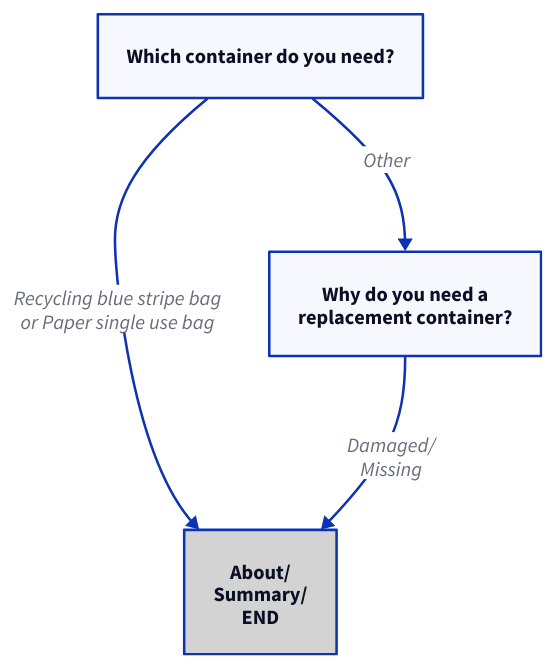
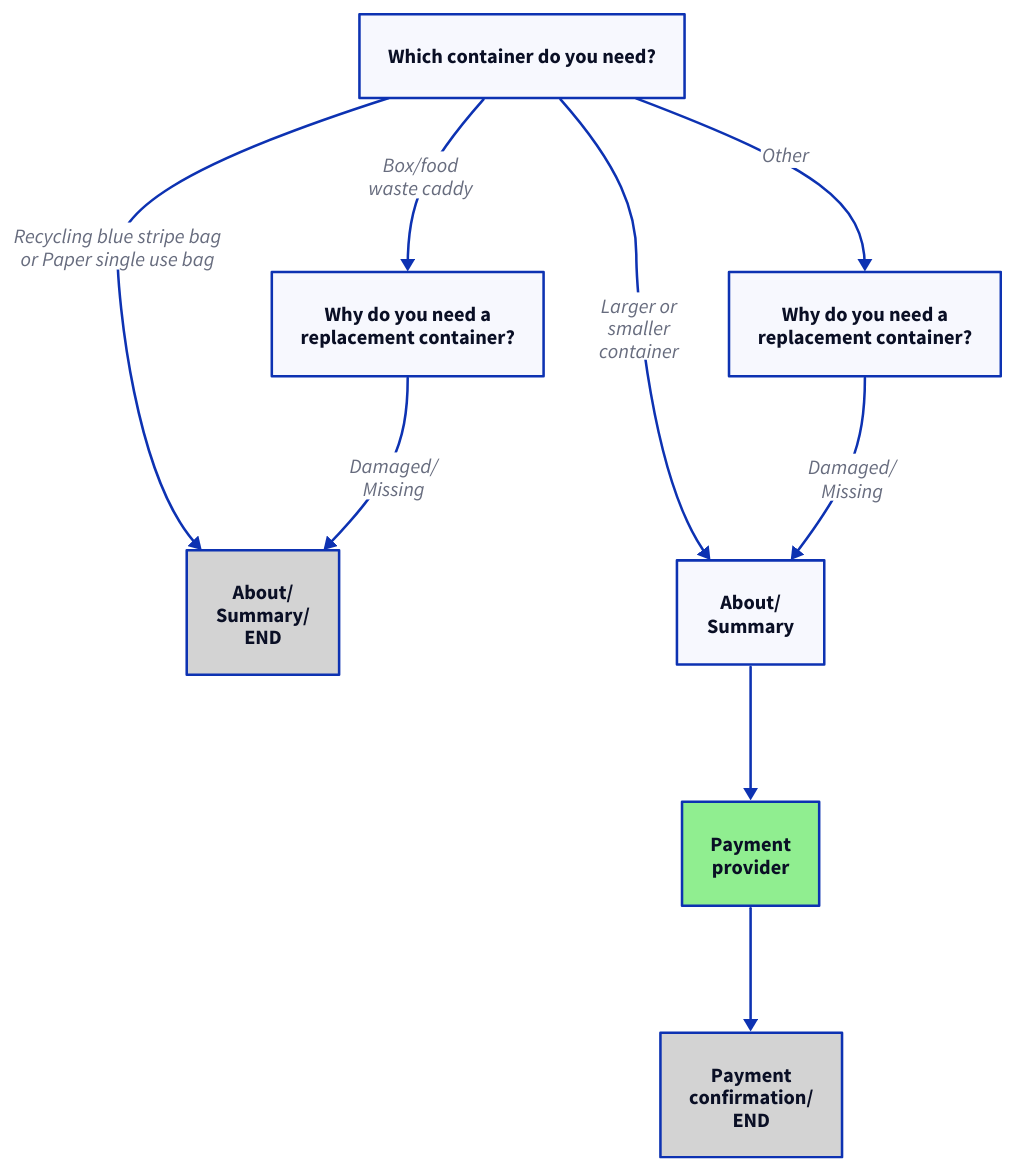
The diagram in diagrams/sutton-request.d2 (mysociety/fixmystreet.com), drawn with D2 before and after one commit. The commit also changed 4 other files, not shown here.

First line of the commit message:
Update and add new flow diagrams.

```diff
--- a/diagrams/sutton-request.d2
+++ b/diagrams/sutton-request.d2
@@ -1,8 +1,17 @@
 Pick container: Which container do you need?
 Replacement: Why do you need a\nreplacement container?
+Replacement2: Why do you need a\nreplacement container?
 About you: About/\nSummary/\nEND { style.fill: lightgrey }
+About you2: About/\nSummary
+Payment\nprovider: { style.fill: lightgreen }
+Payment confirmation: Payment\nconfirmation/\nEND { style.fill: lightgrey }
 
-Pick container -> Replacement: Other
+Pick container -> Replacement: Box/food\nwaste caddy
 Pick container -> About you: Recycling blue stripe bag\nor Paper single use bag
+Pick container -> Replacement2: Other
+Pick container -> About you2: Larger or\nsmaller\ncontainer
+Replacement2 -> About you2: Damaged/\nMissing
+About you2 -> Payment\nprovider
+Payment\nprovider -> Payment confirmation
 
 Replacement -> About you: Damaged/\nMissing
```
